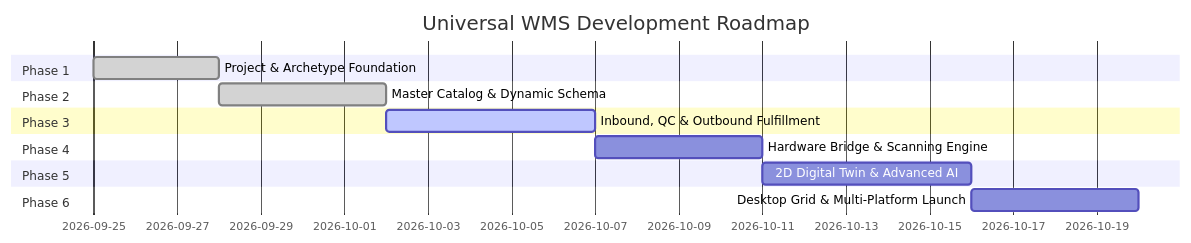
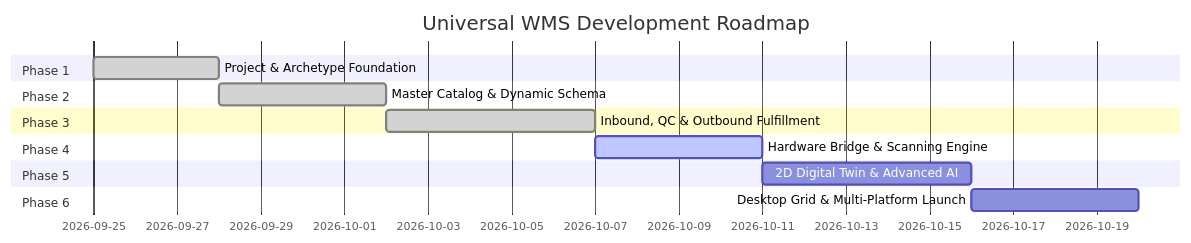
Before and after one commit to Nikhil-Yadav-01/uwp: the diagram in ROADMAP.md, drawn with Mermaid. The commit also changed other lines of this file and 25 other files, not shown here.

````diff
--- a/ROADMAP.md
+++ b/ROADMAP.md
@@ -7,17 +7,17 @@
 ```mermaid
 gantt
     title Universal WMS Development Roadmap
     dateFormat  YYYY-MM-DD
     section Phase 1
     Project & Archetype Foundation       :done,    p1, 2026-09-25, 3d
     section Phase 2
     Master Catalog & Dynamic Schema     :done,    p2, after p1, 4d
     section Phase 3
-    Inbound, QC & Outbound Fulfillment  :active,  p3, after p2, 5d
+    Inbound, QC & Outbound Fulfillment  :done,    p3, after p2, 5d
     section Phase 4
-    Hardware Bridge & Scanning Engine   :         p4, after p3, 4d
+    Hardware Bridge & Scanning Engine   :active,  p4, after p3, 4d
     section Phase 5
     2D Digital Twin & Advanced AI       :         p5, after p4, 5d
     section Phase 6
     Desktop Grid & Multi-Platform Launch:         p6, after p5, 4d
 ```
````
